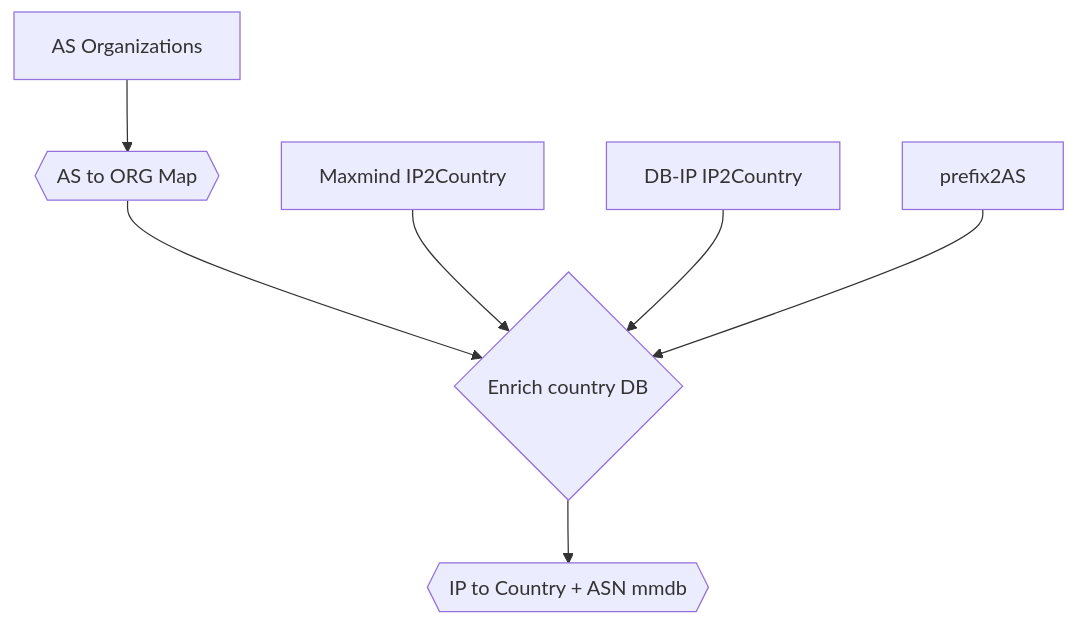
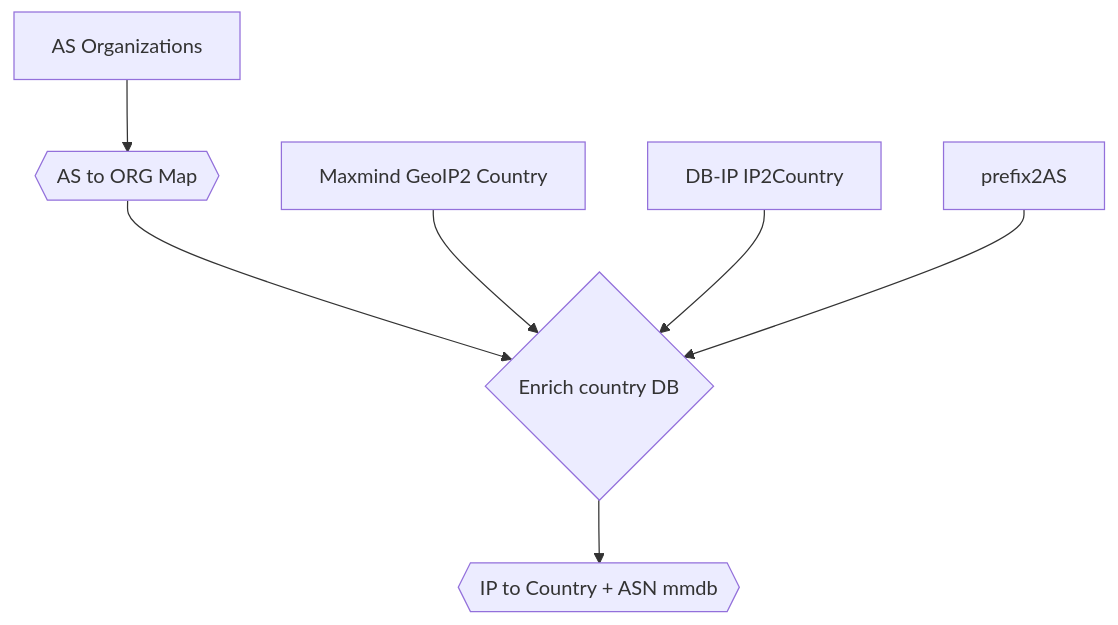
One commit to ooni/historical-geoip changed the diagram in Readme.md. Above: the diagram before and after it, drawn with Mermaid. The commit also changed other lines of this file, not shown here.

Commit message:
doc: clarify flow and correct typo (#3)

````diff
--- a/Readme.md
+++ b/Readme.md
@@ -25,9 +25,9 @@
 ```mermaid
 graph
     A[AS Organizations] --> E{{AS to ORG Map}}
     E --> D{Enrich country DB}
-    B[Maxmind IP2Country] --> D
+    B[Maxmind GeoIP2 Country] --> D
     C[DB-IP IP2Country] --> D
     F[prefix2AS] --> D
     D --> O{{IP to Country + ASN mmdb}}
 ```
````
